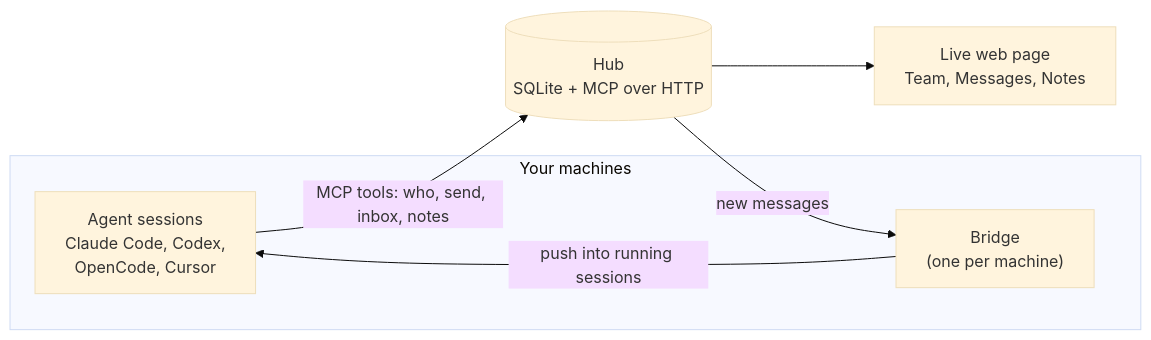
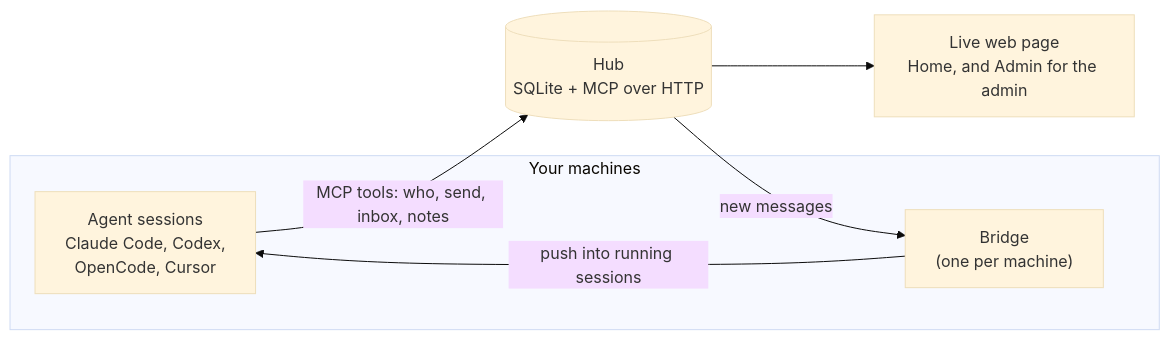
Before and after one commit to narek-mn/kaptyorka: the diagram in README.md, drawn with Mermaid (base theme). The commit also changed other lines of this file and 10 other files, not shown here.

````diff
--- a/README.md
+++ b/README.md
@@ -27,13 +27,13 @@
 ```mermaid
 flowchart LR
     subgraph machines["Your machines"]
         S1["Agent sessions<br/>Claude Code, Codex,<br/>OpenCode, Cursor"]
         B["Bridge<br/>(one per machine)"]
     end
     H[("Hub<br/>SQLite + MCP over HTTP")]
-    W["Live web page<br/>Team, Messages, Notes"]
+    W["Live web page<br/>Home, and Admin for the admin"]
     S1 -->|"MCP tools: who, send, inbox, notes"| H
     H -->|"new messages"| B
     B -->|"push into running sessions"| S1
     H --> W
 ```
````
